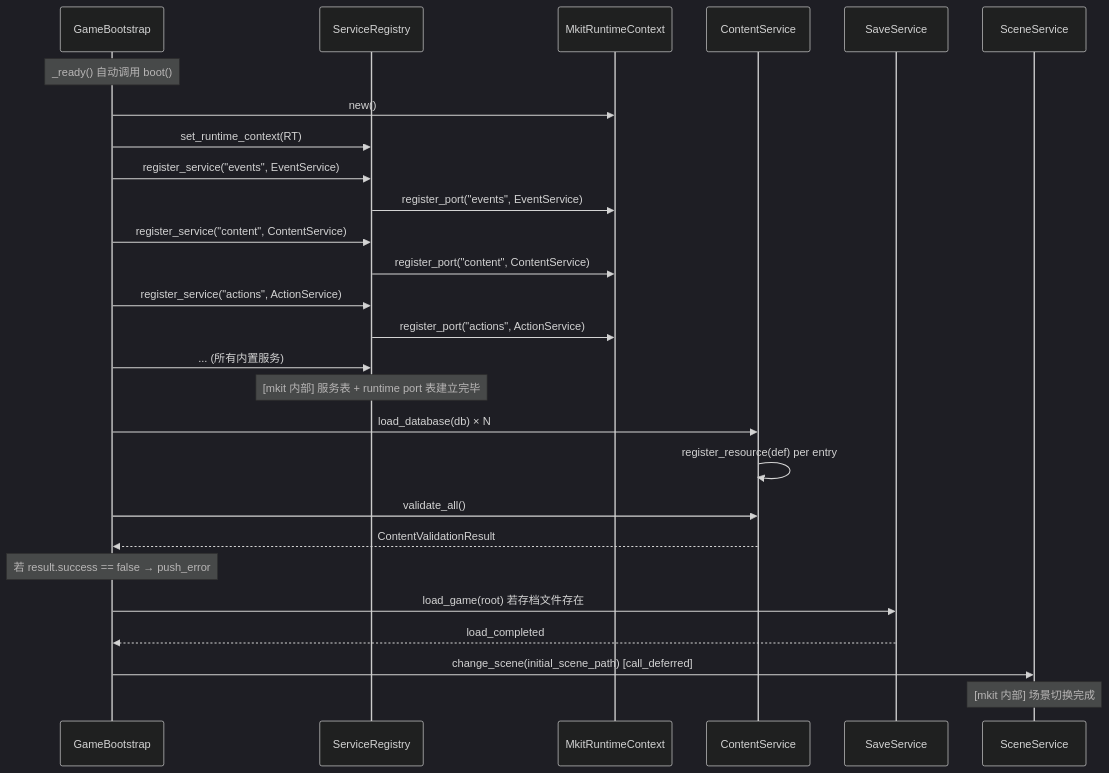
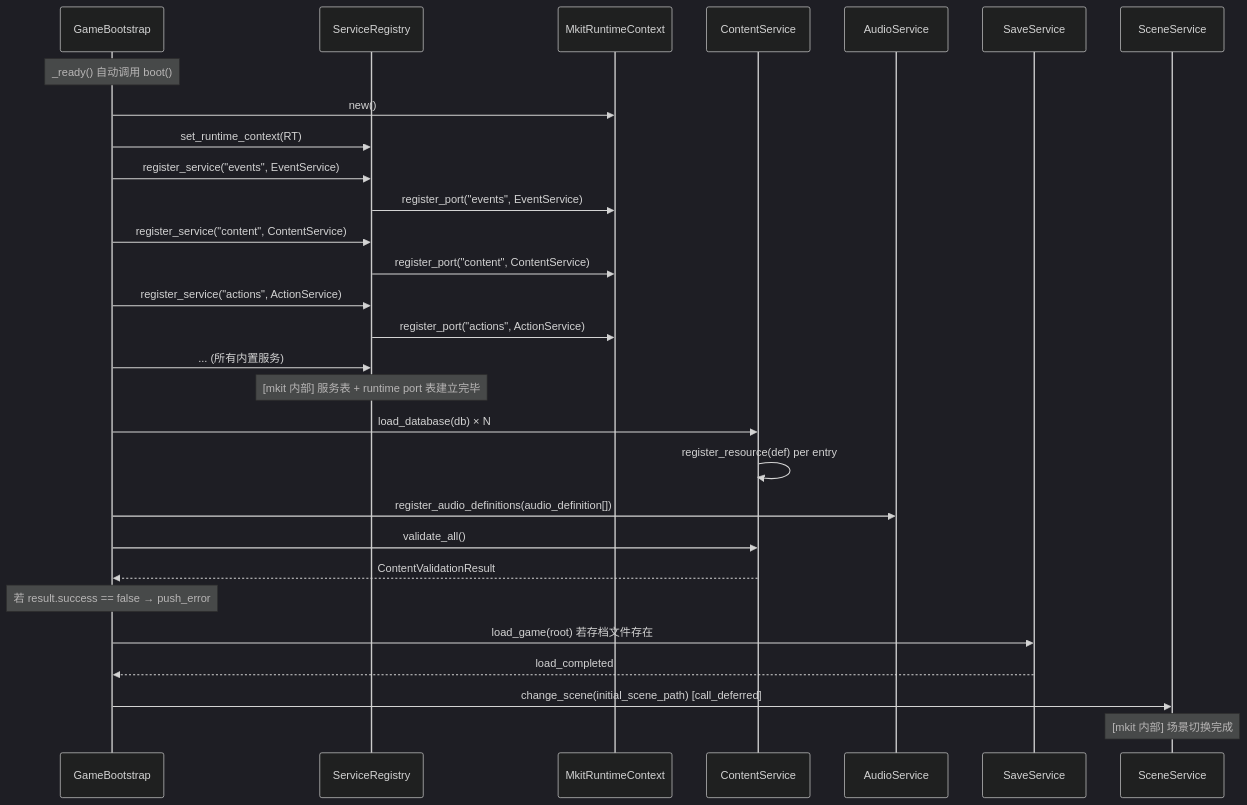
The first of 20 diagrams in docs/pipeline.md (xiaofeiqiu/mkit), drawn with Mermaid (dark theme) before and after one commit. The commit also changed other lines of this file and 50 other files, not shown here.

````diff
--- a/docs/pipeline.md
+++ b/docs/pipeline.md
@@ -18,30 +18,32 @@
 ```mermaid
 sequenceDiagram
     participant GB as GameBootstrap
     participant SR as ServiceRegistry
     participant RT as MkitRuntimeContext
     participant CS as ContentService
+    participant AS as AudioService
     participant SS as SaveService
     participant SC as SceneService
 
     Note over GB: _ready() 自动调用 boot()
     GB->>RT: new()
     GB->>SR: set_runtime_context(RT)
     GB->>SR: register_service("events", EventService)
     SR->>RT: register_port("events", EventService)
     GB->>SR: register_service("content", ContentService)
     SR->>RT: register_port("content", ContentService)
     GB->>SR: register_service("actions", ActionService)
     SR->>RT: register_port("actions", ActionService)
     GB->>SR: ... (所有内置服务)
     Note over SR: [mkit 内部] 服务表 + runtime port 表建立完毕
     GB->>CS: load_database(db) × N
     CS->>CS: register_resource(def) per entry
+    GB->>AS: register_audio_definitions(audio_definition[])
     GB->>CS: validate_all()
     CS-->>GB: ContentValidationResult
     Note over GB: 若 result.success == false → push_error
     GB->>SS: load_game(root) 若存档文件存在
     SS-->>GB: load_completed
     GB->>SC: change_scene(initial_scene_path)  [call_deferred]
     Note over SC: [mkit 内部] 场景切换完成
 ```
````
